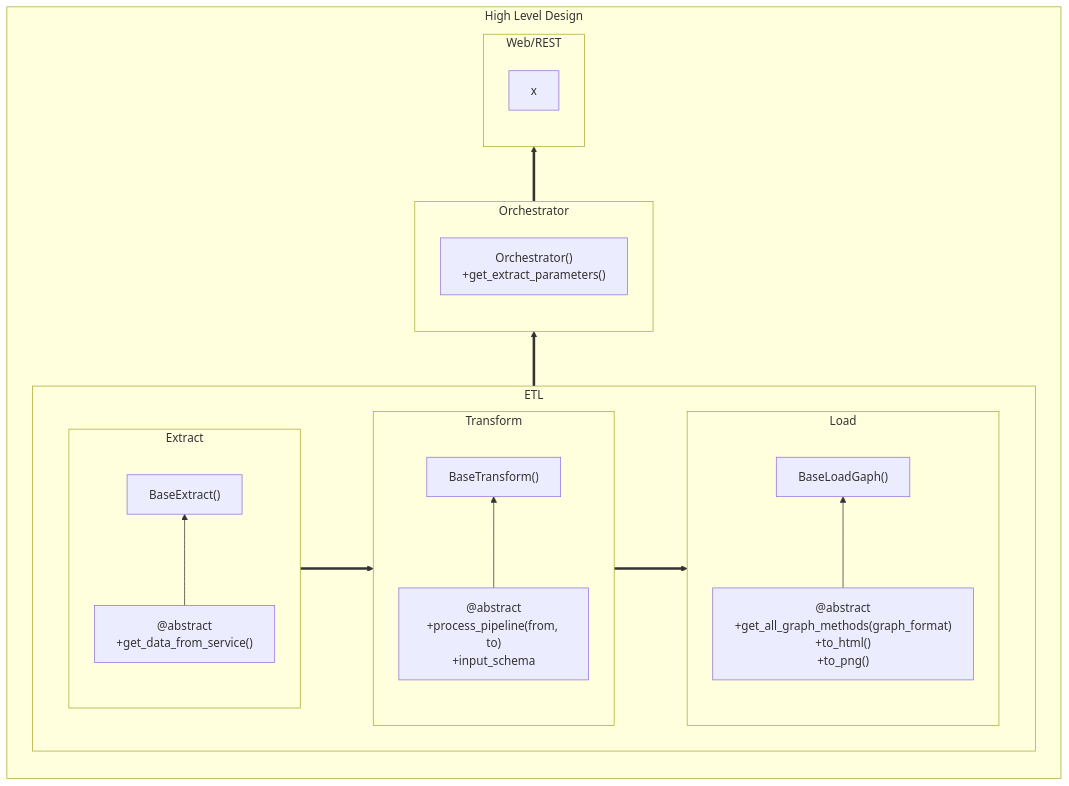
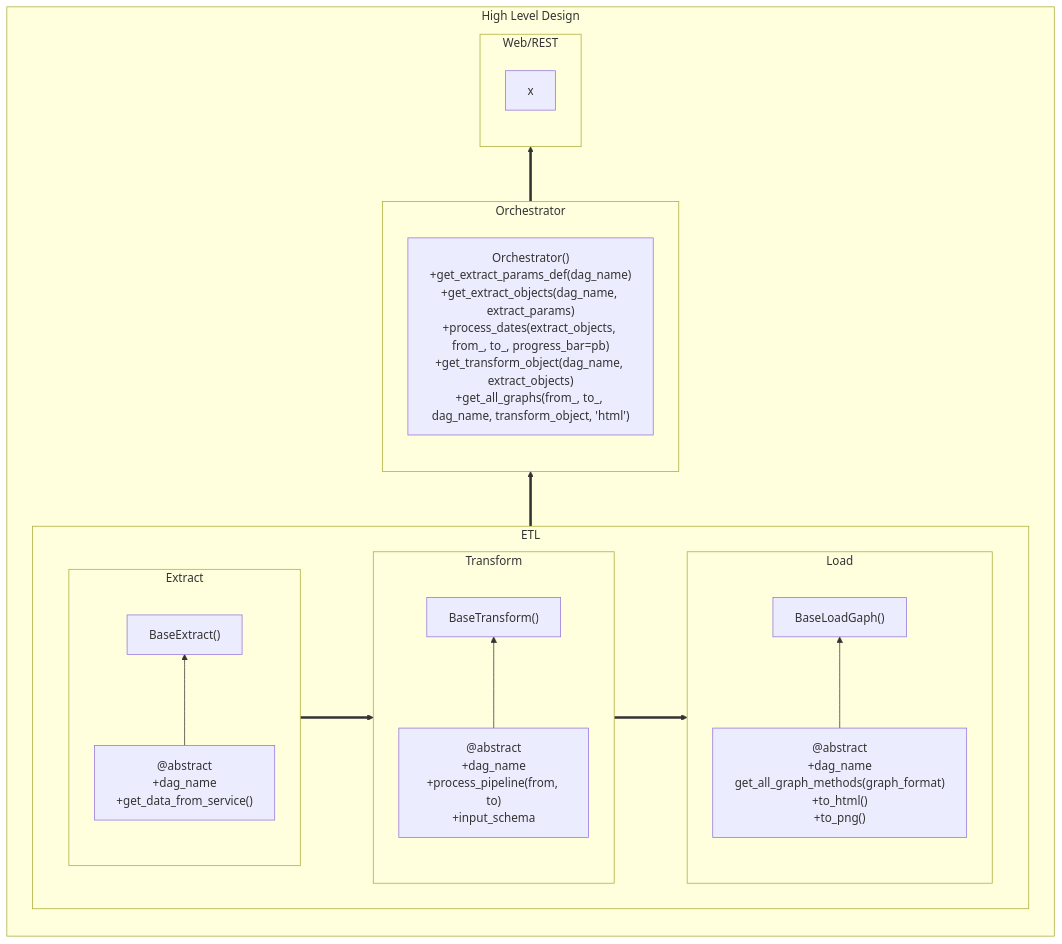
Before and after one commit to engdan77/metrics_collector: the diagram in metrics_collector/docs/pipeline_flowchart_diagram.mmd, drawn with Mermaid.

Commit message:
Updating mermaid UML

```diff
--- a/metrics_collector/docs/pipeline_flowchart_diagram.mmd
+++ b/metrics_collector/docs/pipeline_flowchart_diagram.mmd
@@ -1,30 +1,30 @@
 flowchart
 
 subgraph High Level Design
     direction BT
     subgraph BP["Orchestrator"]
-        et["Orchestrator()\n+get_extract_parameters()"]
+        et["Orchestrator()\n+get_extract_params_def(dag_name)\n+get_extract_objects(dag_name, extract_params)\n+process_dates(extract_objects, from_, to_, progress_bar=pb)\n+get_transform_object(dag_name, extract_objects)\n+get_all_graphs(from_, to_, dag_name, transform_object, 'html')\n"]
     end
         subgraph ETL
             direction LR
                 subgraph Extract
                 direction BT
-                    gd["@abstract\n+get_data_from_service()"] --> BE["BaseExtract()"]
+                    gd["@abstract\n+dag_name\n+get_data_from_service()"] --> BE["BaseExtract()"]
                 end
                 subgraph Transform
                 direction BT
-                    pp["@abstract\n+process_pipeline(from, to)\n+input_schema"] --> BT["BaseTransform()"]
+                    pp["@abstract\n+dag_name\n+process_pipeline(from, to)\n+input_schema"] --> BT["BaseTransform()"]
                 end
                 subgraph Load
                 direction BT
-                    ga["@abstract\n+get_all_graph_methods(graph_format)\n+to_html()\n+to_png()"] --> BL["BaseLoadGaph()"]
+                    ga["@abstract\n+dag_name\nget_all_graph_methods(graph_format)\n+to_html()\n+to_png()"] --> BL["BaseLoadGaph()"]
                 end
             end
         subgraph FE["Web/REST"]
             x
         end
     end
     
 Extract ==> Transform ==> Load
 ETL ==> BP
 BP ==> FE
```
